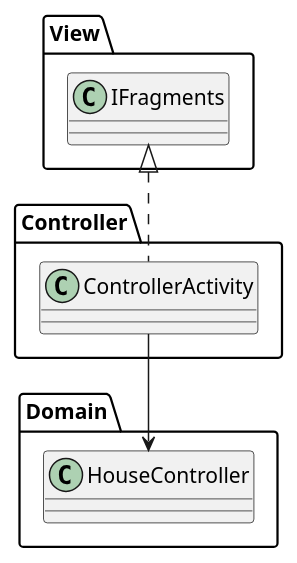
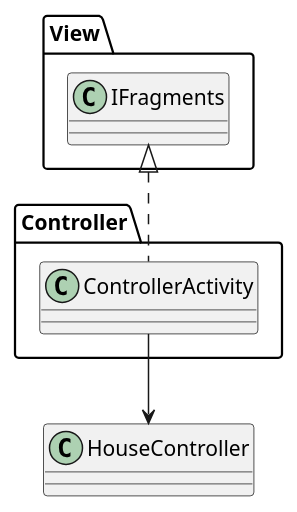
Before and after one commit to willemnielsen/House-App: diagram 15 of 15 in intellij/doc/design.md, drawn with PlantUML. The commit also changed other lines of this file, not shown here.

Commit message:
update class diagrams

````diff
--- a/intellij/doc/design.md
+++ b/intellij/doc/design.md
@@ -572,18 +769,18 @@
 ```plantuml
 @startuml
 
 class Controller.ControllerActivity{
 
 }
 class View.IFragments{
 
 }
-class Domain.HouseController{
+class HouseController{
 
 }
 
 View.IFragments <|.. Controller.ControllerActivity
-Controller.ControllerActivity --> Domain.HouseController  
+Controller.ControllerActivity --> HouseController  
 
 @enduml
 ```
````
